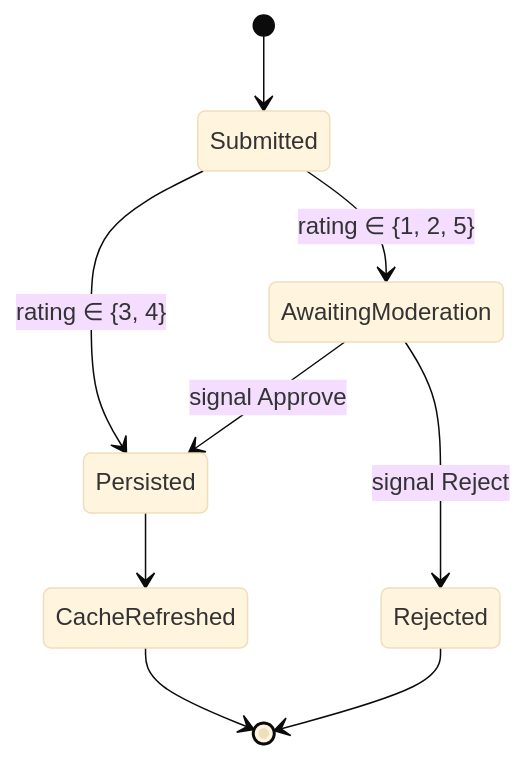
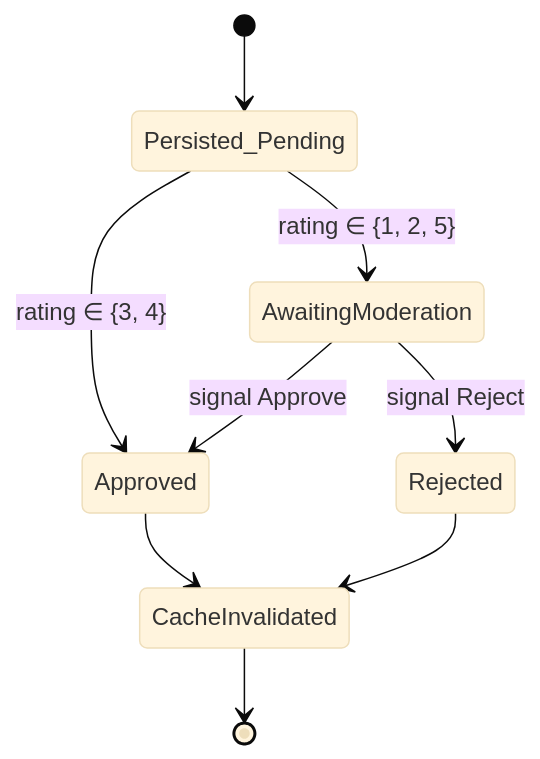
One commit to KaliCZ/reviews changed the seventh of 12 diagrams in docs/flows.md. Above: the diagram before and after it, drawn with Mermaid (base theme). The commit also changed other lines of this file and 1 other file, not shown here.

First line of the commit message:
Rewrite docs/flows.md to match current behavior; add 5 missing flows

````diff
--- a/docs/flows.md
+++ b/docs/flows.md
@@ -123,11 +215,11 @@
 ```mermaid
 stateDiagram-v2
-    [*] --> Submitted
-    Submitted --> AwaitingModeration: rating ∈ {1, 2, 5}
-    Submitted --> Persisted: rating ∈ {3, 4}
-    AwaitingModeration --> Persisted: signal Approve
+    [*] --> Persisted_Pending
+    Persisted_Pending --> AwaitingModeration: rating ∈ {1, 2, 5}
+    Persisted_Pending --> Approved: rating ∈ {3, 4}
+    AwaitingModeration --> Approved: signal Approve
     AwaitingModeration --> Rejected: signal Reject
-    Persisted --> CacheRefreshed
-    CacheRefreshed --> [*]
-    Rejected --> [*]
+    Approved --> CacheInvalidated
+    Rejected --> CacheInvalidated
+    CacheInvalidated --> [*]
 ```
````
